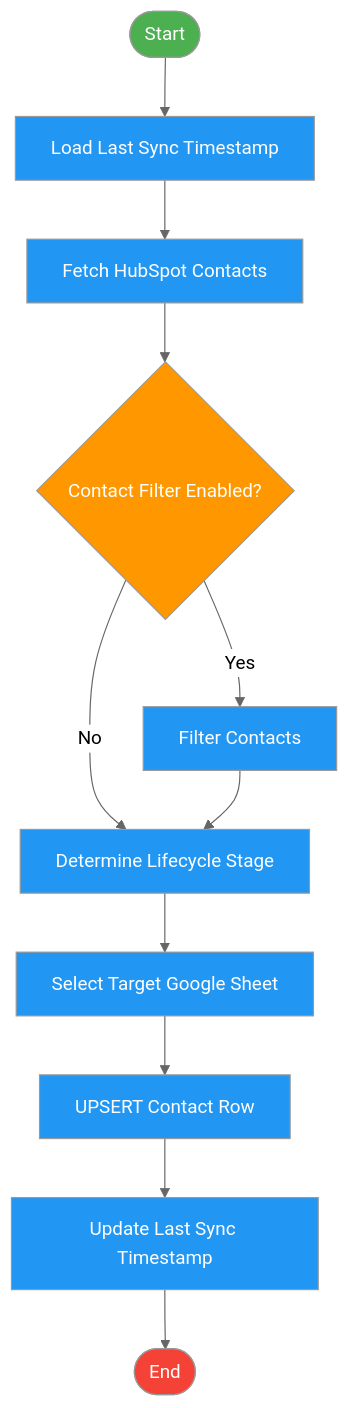
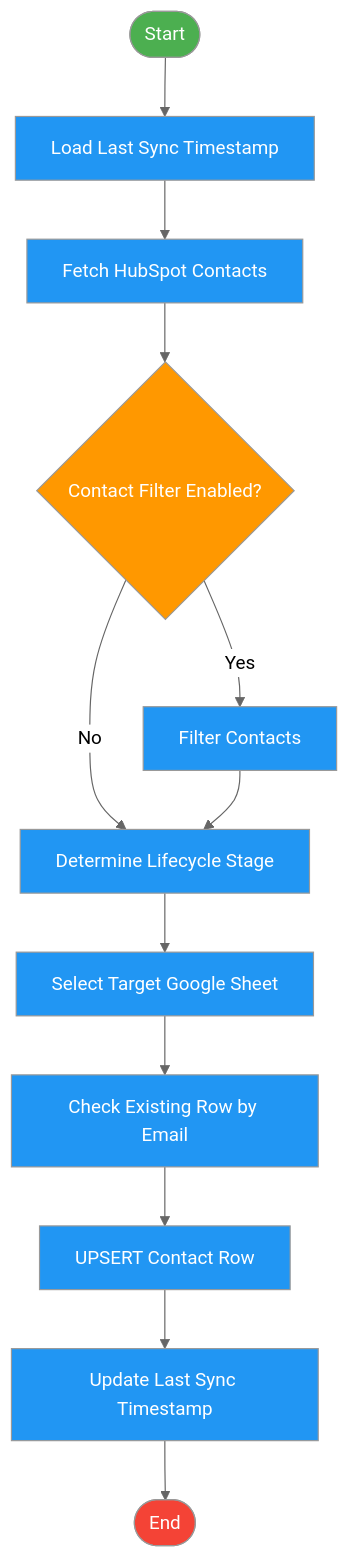
One commit to harshanacz/hubspot-contacts-to-google-sheets changed the diagram in .choreo/diagram.md. Above: the diagram before and after it, drawn with Mermaid (neutral theme).

Commit message:
Refactor flowchart to correct node connections and improve clarity in the diagram

````diff
--- a/.choreo/diagram.md
+++ b/.choreo/diagram.md
@@ -1,30 +1,32 @@
 ```mermaid
 flowchart TD
 
 A([Start]):::startNode
 B[Load Last Sync Timestamp]:::processNode
 C[Fetch HubSpot Contacts]:::processNode
 D{Contact Filter Enabled?}:::decisionNode
 E[Filter Contacts]:::processNode
 F[Determine Lifecycle Stage]:::processNode
 G[Select Target Google Sheet]:::processNode
-H[UPSERT Contact Row]:::processNode
-I[Update Last Sync Timestamp]:::processNode
-J([End]):::endNode
+H[Check Existing Row by Email]:::processNode
+I[UPSERT Contact Row]:::processNode
+J[Update Last Sync Timestamp]:::processNode
+K([End]):::endNode
 
 A --> B
 B --> C
 C --> D
 D -->|Yes| E
 D -->|No| F
 E --> F
 F --> G
 G --> H
 H --> I
 I --> J
+J --> K
 
 classDef startNode fill:#4CAF50,color:#fff
 classDef endNode fill:#F44336,color:#fff
 classDef processNode fill:#2196F3,color:#fff
 classDef decisionNode fill:#FF9800,color:#fff
 ```
````
